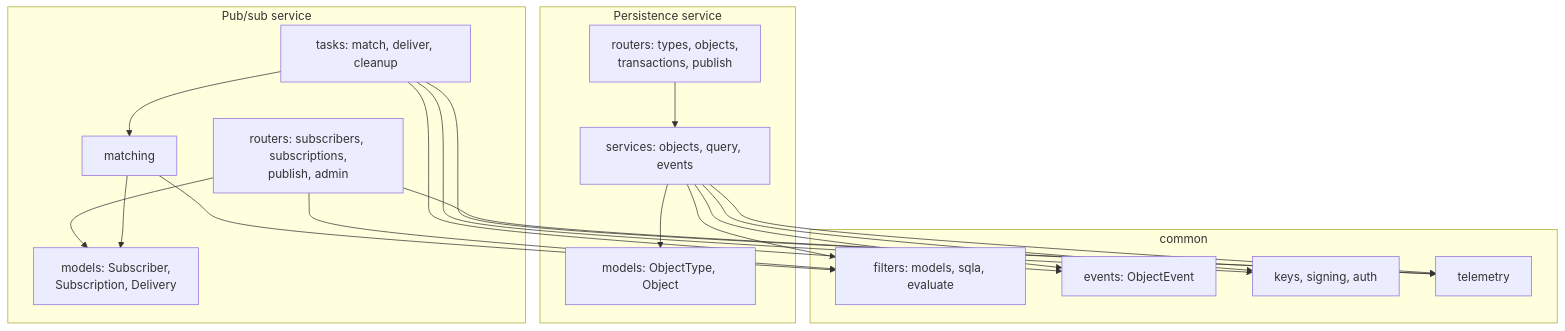
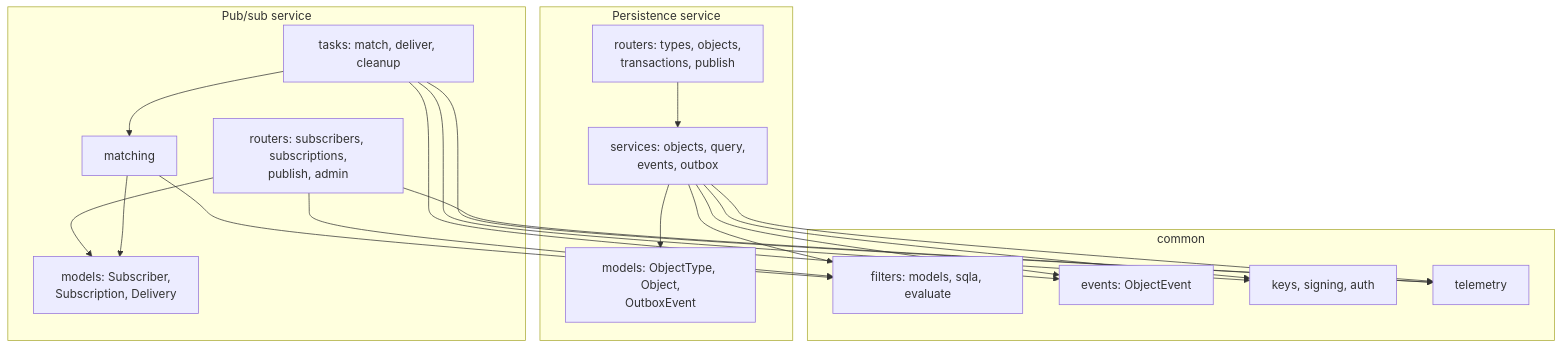
One commit to centeba/dbpersist changed the second of 9 diagrams in docs/ARCHITECTURE.md. Above: the diagram before and after it, drawn with Mermaid. The commit also changed other lines of this file and 19 other files, not shown here.

First line of the commit message:
Transactional outbox for change events

````diff
--- a/docs/ARCHITECTURE.md
+++ b/docs/ARCHITECTURE.md
@@ -84,27 +84,27 @@
 ```mermaid
 flowchart TB
     subgraph persistence["Persistence service"]
         PR["routers: types, objects,<br/>transactions, publish"]
-        PS["services: objects, query, events"]
-        PM["models: ObjectType, Object"]
+        PS["services: objects, query,<br/>events, outbox"]
+        PM["models: ObjectType, Object,<br/>OutboxEvent"]
         PR --> PS --> PM
     end
     subgraph pubsub["Pub/sub service"]
         SR["routers: subscribers, subscriptions,<br/>publish, admin"]
         ST["tasks: match, deliver, cleanup"]
         SM2["matching"]
         SMo["models: Subscriber,<br/>Subscription, Delivery"]
         SR --> SMo
         ST --> SM2 --> SMo
     end
     subgraph common
         F["filters: models, sqla, evaluate"]
         E["events: ObjectEvent"]
         K["keys, signing, auth"]
         T["telemetry"]
     end
     PS --> F & E & K & T
     SM2 --> F
     ST --> E & K & T
     SR --> F & T
 ```
````
